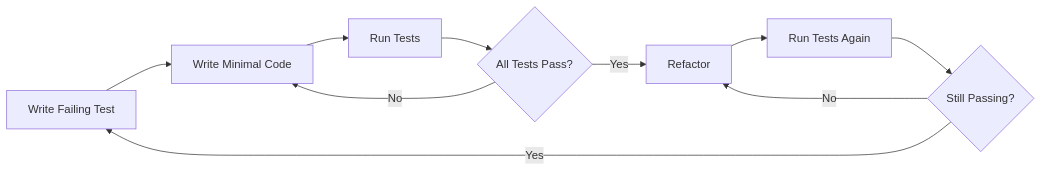
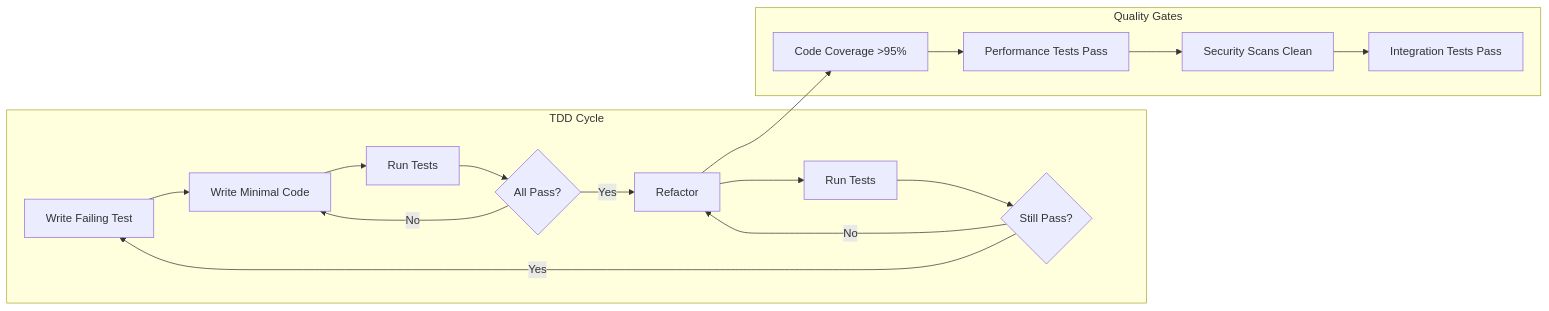
Before and after one commit to NicoV7/collaborative-drawing-board: the seventh of 12 diagrams in README.md, drawn with Mermaid. The commit also changed other lines of this file and 12 other files, not shown here.

Commit message:
complete Phase 3 board management with comprehensive documentation Implement board CRUD, folder organization, encryption keys, and enterprise-grade README with architecture diagrams

````diff
--- a/README.md
+++ b/README.md
@@ -146,12 +446,26 @@
 ```mermaid
 graph LR
-    A[Write Failing Test] --> B[Write Minimal Code]
-    B --> C[Run Tests]
-    C --> D{All Tests Pass?}
-    D -->|No| B
-    D -->|Yes| E[Refactor]
-    E --> F[Run Tests Again]
-    F --> G{Still Passing?}
-    G -->|No| E
-    G -->|Yes| A
+    subgraph "TDD Cycle"
+        A[Write Failing Test] --> B[Write Minimal Code]
+        B --> C[Run Tests]
+        C --> D{All Pass?}
+        D -->|No| B
+        D -->|Yes| E[Refactor]
+        E --> F[Run Tests]
+        F --> G{Still Pass?}
+        G -->|No| E
+        G -->|Yes| A
+    end
+    
+    subgraph "Quality Gates"
+        H[Code Coverage >95%]
+        I[Performance Tests Pass]
+        J[Security Scans Clean]
+        K[Integration Tests Pass]
+    end
+    
+    E --> H
+    H --> I
+    I --> J
+    J --> K
 ```
````
